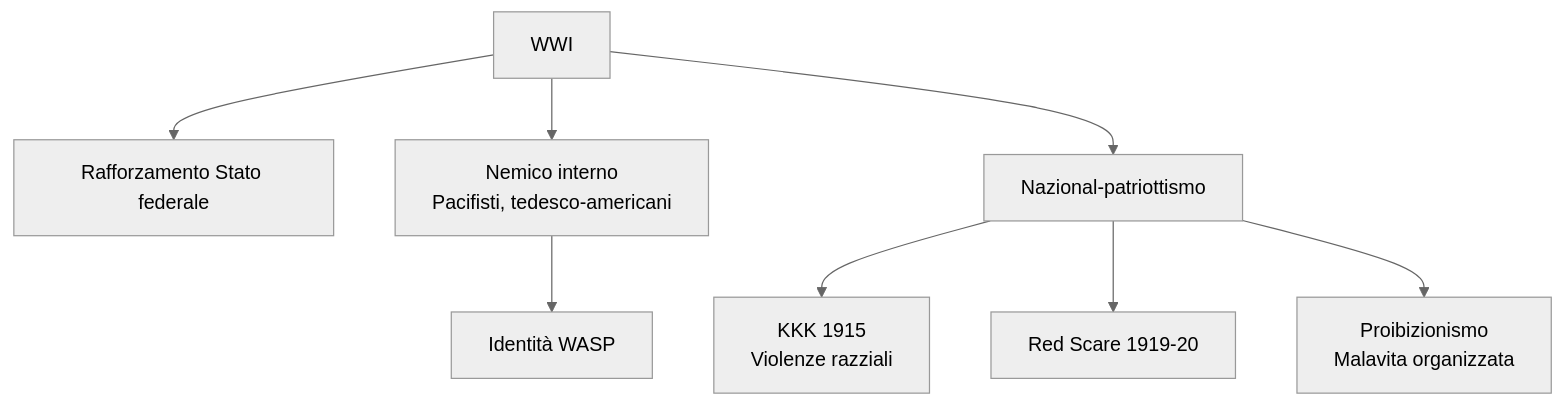
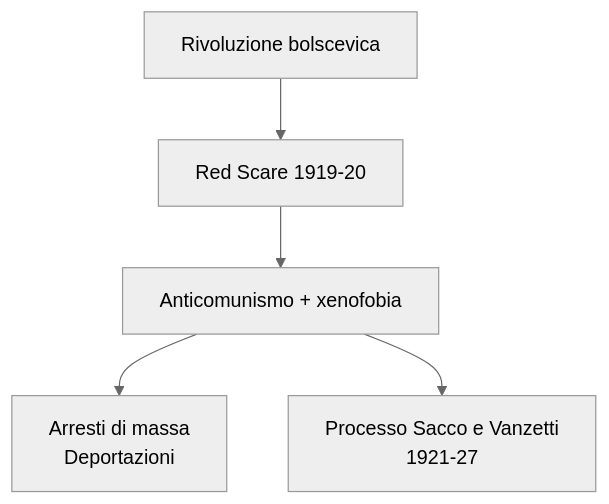
One commit to riccardo-algorime/appunti-5Bsa changed the second of 8 diagrams in storia/materiale/studio/capitolo_3.10_studio_riassunto.md. Above: the diagram before and after it, drawn with Mermaid (neutral theme). The commit also changed other lines of this file and 5 other files, not shown here.

````diff
--- a/storia/materiale/studio/capitolo_3.10_studio_riassunto.md
+++ b/storia/materiale/studio/capitolo_3.10_studio_riassunto.md
@@ -41,10 +30,7 @@
 ```mermaid
 flowchart TD
-    A[WWI] --> B[Rafforzamento Stato federale]
-    A --> C[Nemico interno<br/>Pacifisti, tedesco-americani]
-    C --> D[Identità WASP]
-    A --> E[Nazional-patriottismo]
-    E --> F[KKK 1915<br/>Violenze razziali]
-    E --> G[Red Scare 1919-20]
-    E --> H[Proibizionismo<br/>Malavita organizzata]
+    A[Rivoluzione bolscevica] --> B[Red Scare 1919-20]
+    B --> C[Anticomunismo + xenofobia]
+    C --> D[Arresti di massa<br/>Deportazioni]
+    C --> E[Processo Sacco e Vanzetti<br/>1921-27]
 ```
````
